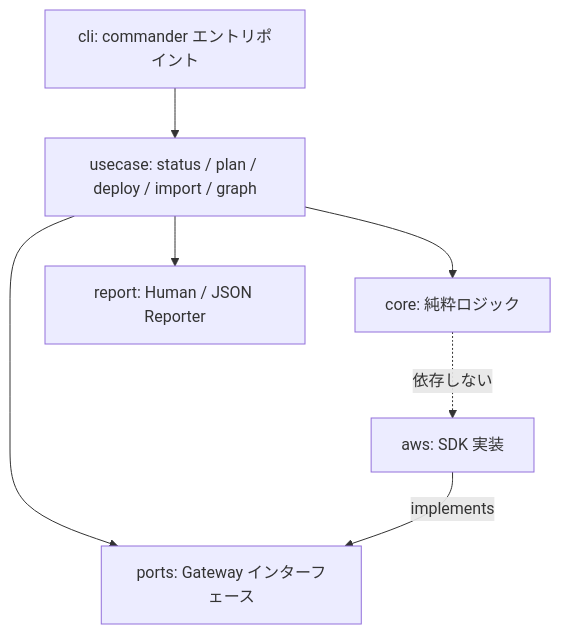
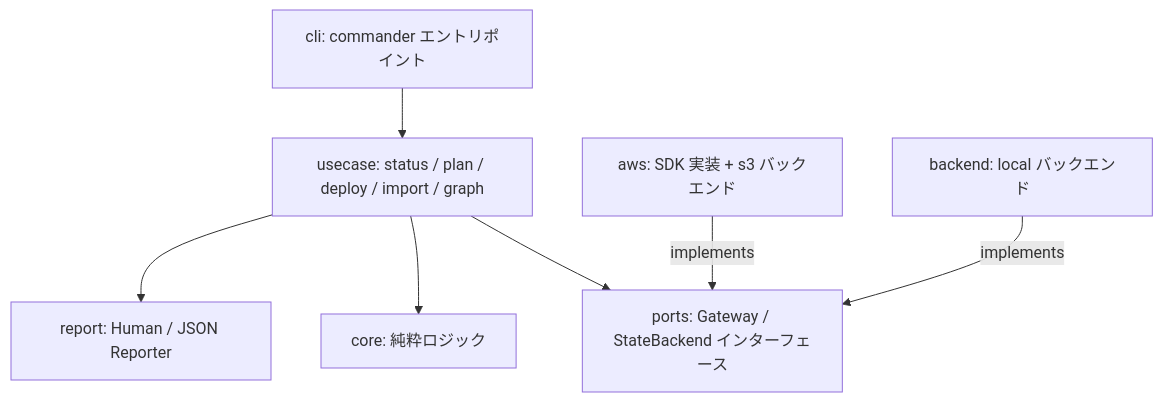
One commit to tarahiman/cfnsync changed the diagram in docs/spec/design.md. Above: the diagram before and after it, drawn with Mermaid. The commit also changed other lines of this file and 1 other file, not shown here.

First line of the commit message:
docs: TDD タスク分解 tasks.md を追加し、設計の StateBackend 境界を整理

````diff
--- a/docs/spec/design.md
+++ b/docs/spec/design.md
@@ -35,9 +35,9 @@
 ```mermaid
 graph TD
     CLI[cli: commander エントリポイント] --> UC[usecase: status / plan / deploy / import / graph]
     UC --> CORE[core: 純粋ロジック]
-    UC --> PORT[ports: Gateway インターフェース]
+    UC --> PORT[ports: Gateway / StateBackend インターフェース]
     UC --> REP[report: Human / JSON Reporter]
-    AWS[aws: SDK 実装] -->|implements| PORT
-    CORE -.->|依存しない| AWS
+    AWS[aws: SDK 実装 + s3 バックエンド] -->|implements| PORT
+    BE[backend: local バックエンド] -->|implements| PORT
 ```
````
